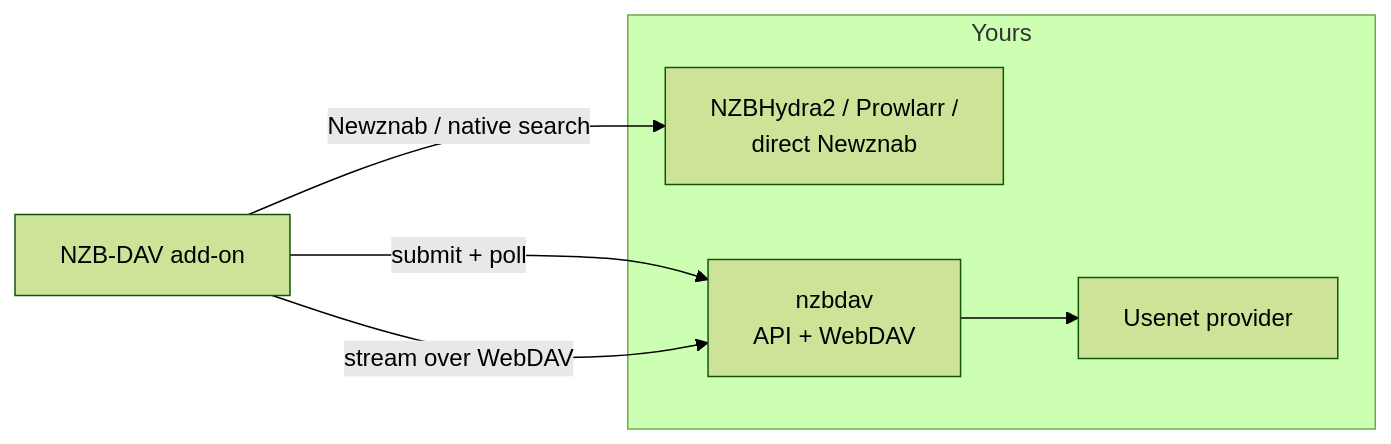
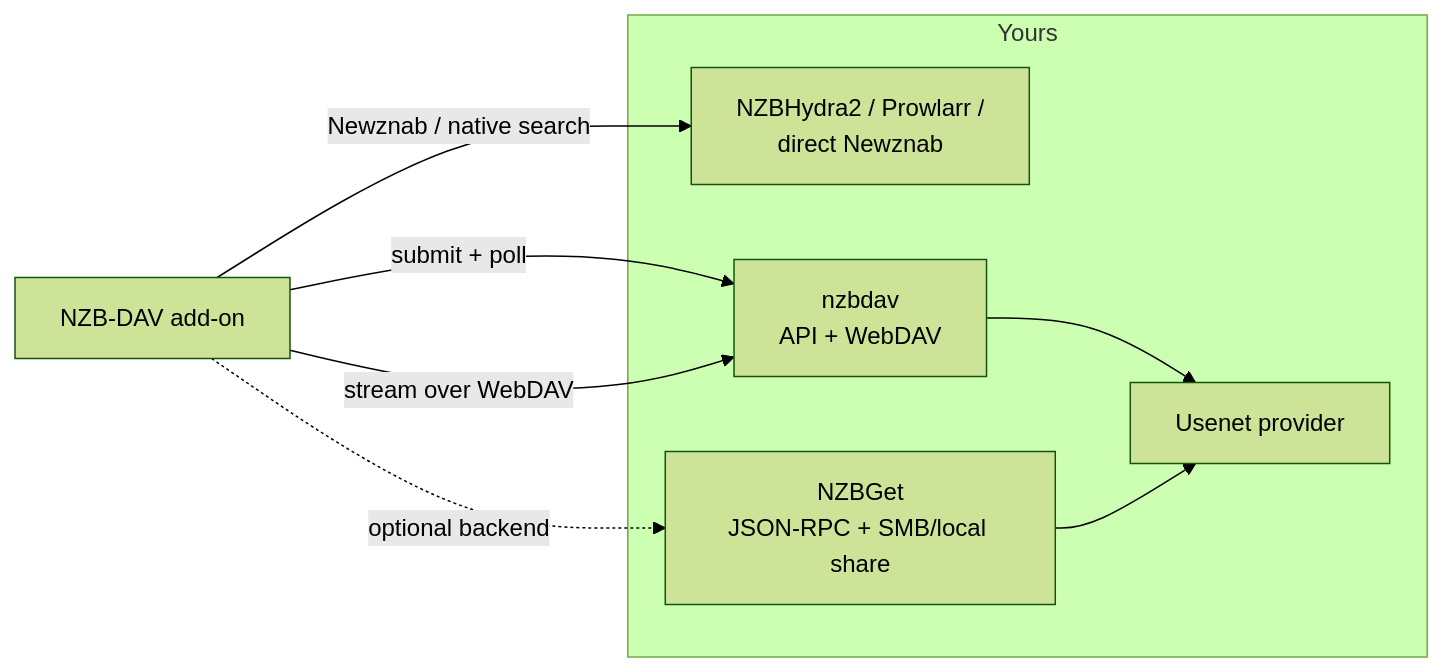
Before and after one commit to Appz4Fun/nzbdavkodi: the third of 3 diagrams in docs-site/how-it-works/architecture.md, drawn with Mermaid (forest theme). The commit also changed other lines of this file and 4 other files, not shown here.

````diff
--- a/docs-site/how-it-works/architecture.md
+++ b/docs-site/how-it-works/architecture.md
@@ -131,12 +156,15 @@
 ```mermaid
 flowchart LR
     subgraph Yours
         H[NZBHydra2 / Prowlarr /<br/>direct Newznab]
         ND[nzbdav<br/>API + WebDAV]
+        NG[NZBGet<br/>JSON-RPC + SMB/local share]
         US[Usenet provider]
     end
     A[NZB-DAV add-on] -->|Newznab / native search| H
     A -->|submit + poll| ND
     A -->|stream over WebDAV| ND
+    A -.->|optional backend| NG
     ND --> US
+    NG --> US
 ```
````
